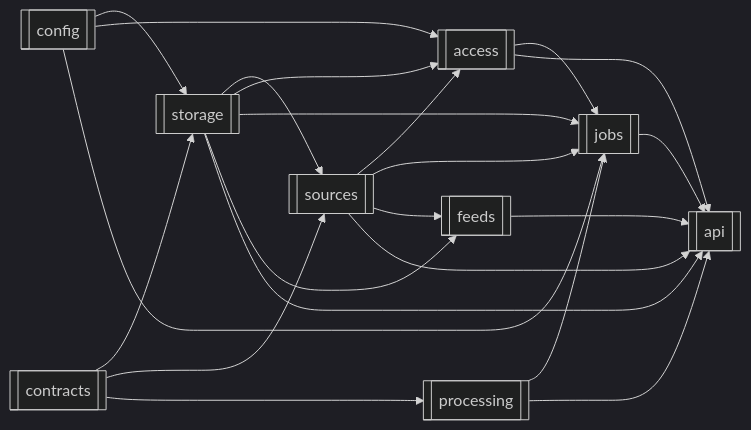
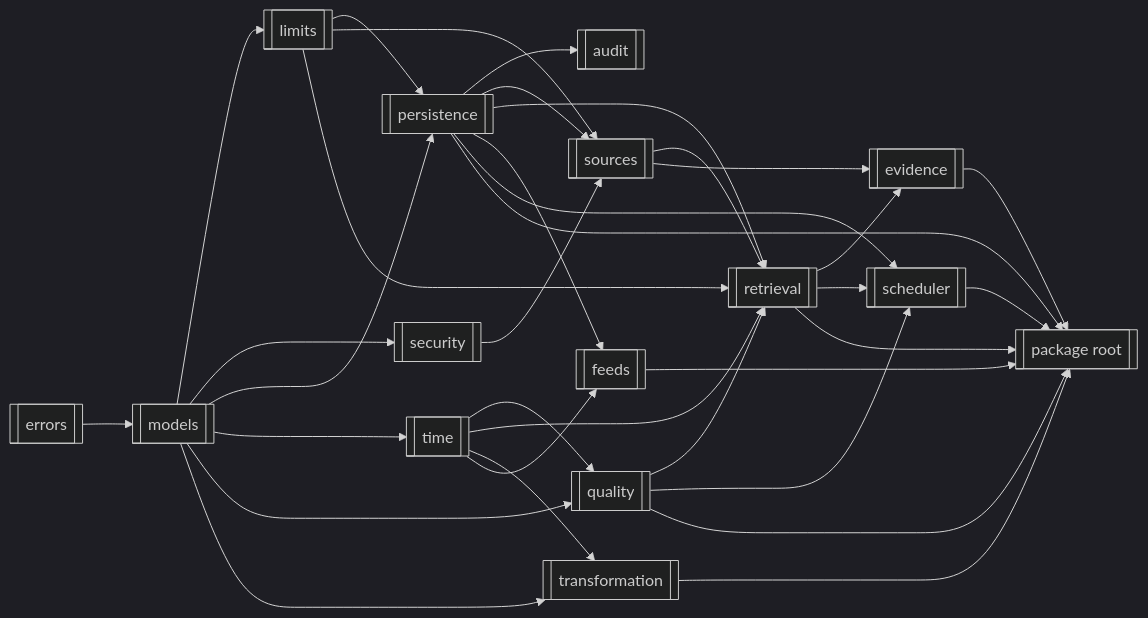
Before and after one commit to haruperi/HaruQuantAI: the second of 3 diagrams in app/services/data/README.md, drawn with Mermaid (dark theme). The commit also changed other lines of this file and 2078 other files, not shown here.

````diff
--- a/app/services/data/README.md
+++ b/app/services/data/README.md
@@ -263,34 +424,52 @@
 ```mermaid
 flowchart LR
-    CFG[[config]]
-    C[[contracts]]
-    S[[storage]]
-    R[[sources]]
-    A[[access]]
-    P[[processing]]
-    J[[jobs]]
+    E[[errors]]
+    M[[models]]
+    L[[limits]]
+    SEC[[security]]
+    P[[persistence]]
+    AU[[audit]]
+    SRC[[sources]]
+    T[[time]]
+    Q[[quality]]
+    RET[[retrieval]]
+    TR[[transformation]]
+    EV[[evidence]]
     F[[feeds]]
-    API[[api]]
+    J[[scheduler]]
+    API[[package root]]
 
-    CFG --> S
-    CFG --> A
-    CFG --> J
-    C --> S
-    C --> R
-    C --> P
-    S --> R
-    S --> A
-    R --> A
-    S --> J
-    A --> J
+    E --> M
+    M --> L
+    M --> SEC
+    M --> P
+    M --> T
+    M --> Q
+    L --> P
+    L --> SRC
+    L --> RET
+    P --> AU
+    P --> SRC
+    SEC --> SRC
+    SRC --> RET
+    P --> RET
+    Q --> RET
+    T --> Q
+    T --> RET
+    M --> TR
+    T --> TR
+    SRC --> EV
+    RET --> EV
+    P --> F
+    T --> F
     P --> J
-    R --> J
-    S --> F
-    R --> F
-    A --> API
+    RET --> J
+    Q --> J
+    RET --> API
+    TR --> API
+    Q --> API
     P --> API
-    S --> API
-    R --> API
+    EV --> API
     J --> API
     F --> API
 ```
````
